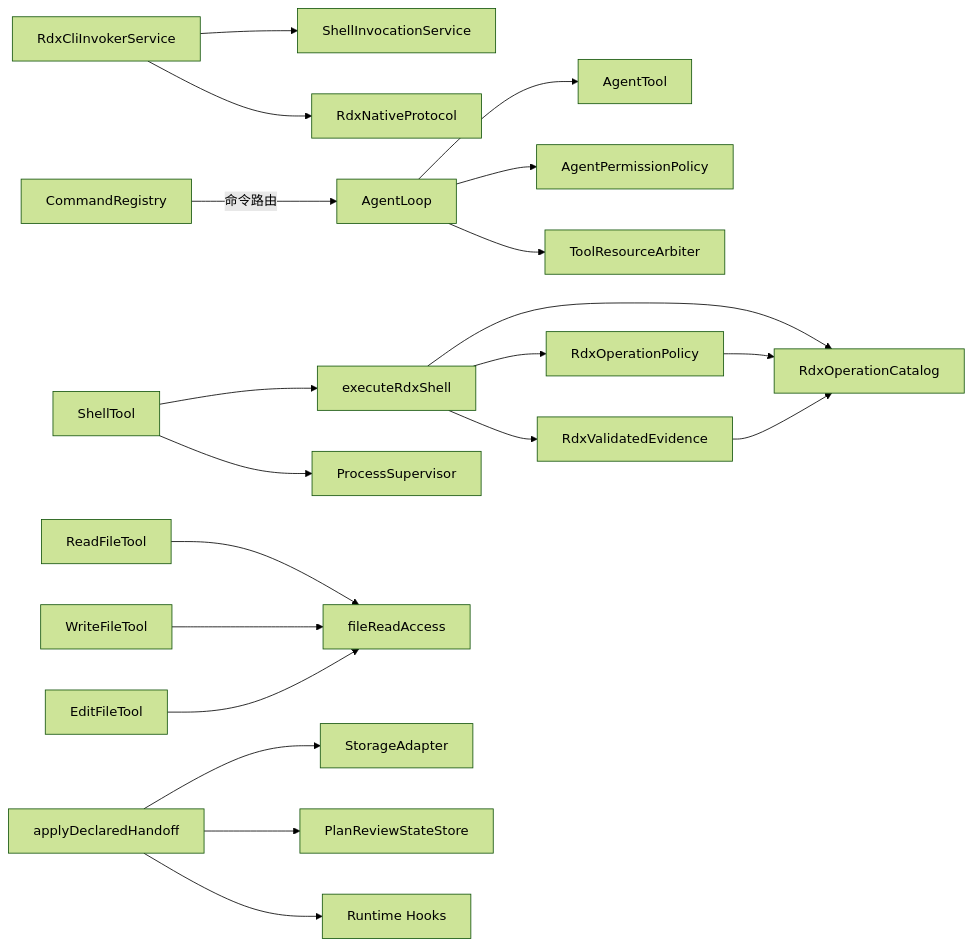
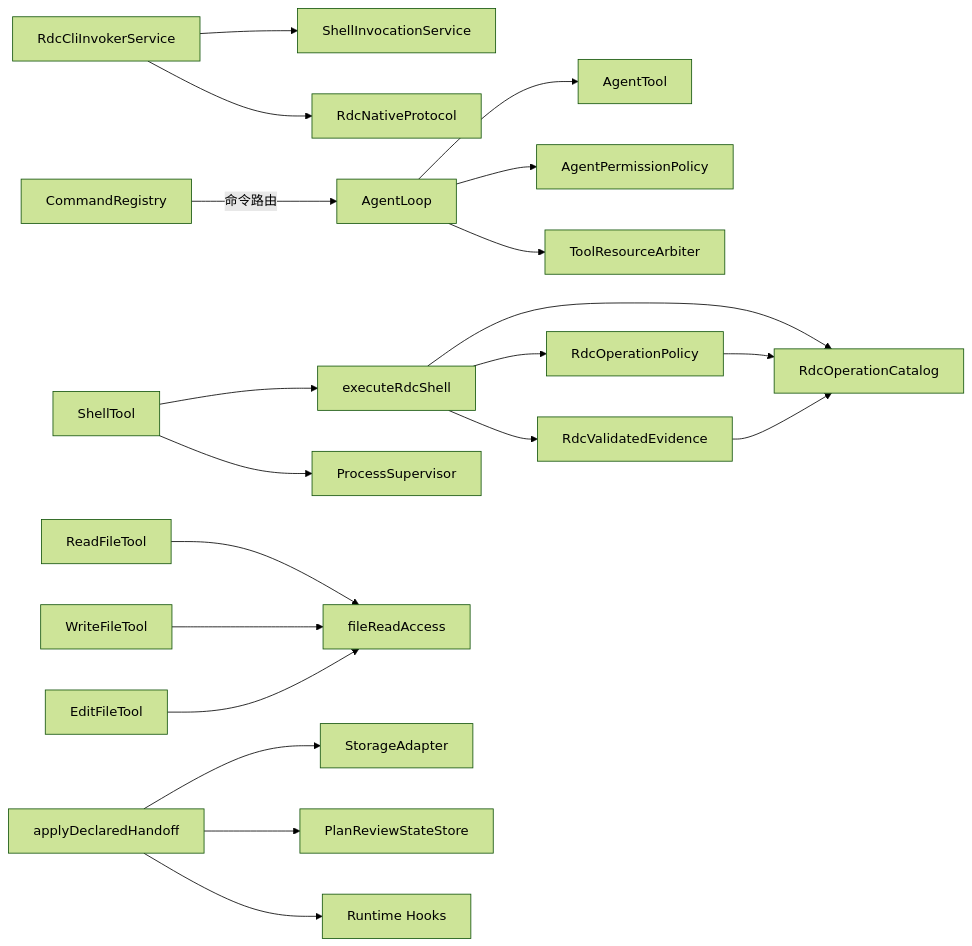
One commit to haolange/RDC-Agent changed diagram 17 of 17 in .qoder/repowiki/zh/content/核心模块/工具系统/工具系统.md. Above: the diagram before and after it, drawn with Mermaid (forest theme). The commit also changed other lines of this file and 557 other files, not shown here.

First line of the commit message:
Unify RDC-Agent identity and canonical RDC-Tool integration

````diff
--- a/.qoder/repowiki/zh/content/核心模块/工具系统/工具系统.md
+++ b/.qoder/repowiki/zh/content/核心模块/工具系统/工具系统.md
@@ -721,22 +721,22 @@
 ```mermaid
 graph LR
-RL["RdxCliInvokerService"] --> SI["ShellInvocationService"]
-RL --> RP["RdxNativeProtocol"]
+RL["RdcCliInvokerService"] --> SI["ShellInvocationService"]
+RL --> RP["RdcNativeProtocol"]
 AL["AgentLoop"] --> AT["AgentTool"]
 AL --> AP["AgentPermissionPolicy"]
 AL --> TR["ToolResourceArbiter"]
-ST["ShellTool"] --> ER["executeRdxShell"]
+ST["ShellTool"] --> ER["executeRdcShell"]
 ST --> PS["ProcessSupervisor"]
 CR["CommandRegistry"] --> |"命令路由"| AL
 RF["ReadFileTool"] --> FRA["fileReadAccess"]
 WF["WriteFileTool"] --> FRA
 EF["EditFileTool"] --> FRA
 ADH["applyDeclaredHandoff"] --> SA["StorageAdapter"]
 ADH --> PRSS["PlanReviewStateStore"]
 ADH --> RH["Runtime Hooks"]
-ER --> RC["RdxOperationCatalog"]
-ER --> OP["RdxOperationPolicy"]
-ER --> EV["RdxValidatedEvidence"]
+ER --> RC["RdcOperationCatalog"]
+ER --> OP["RdcOperationPolicy"]
+ER --> EV["RdcValidatedEvidence"]
 OP --> RC
 EV --> RC
 ```
````
